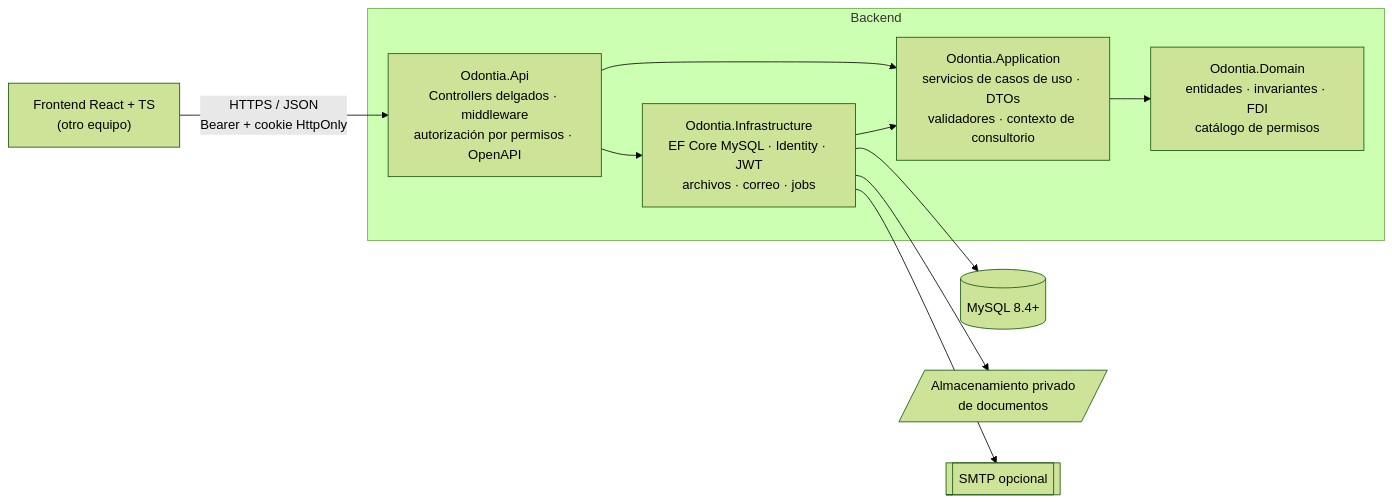
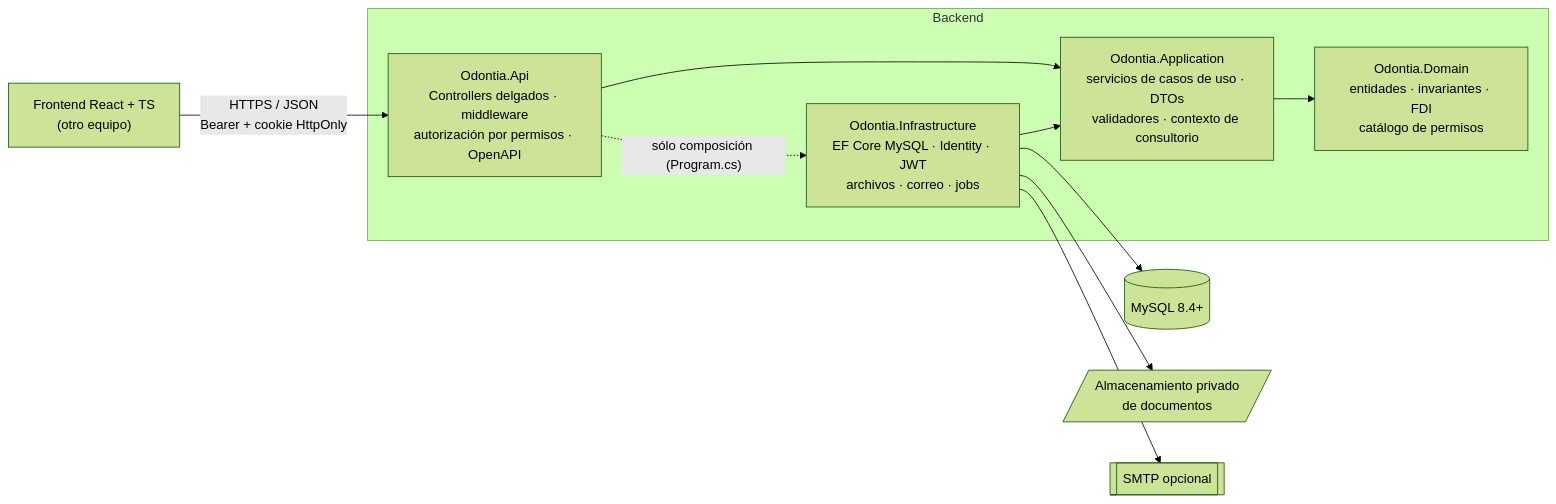
Before and after one commit to PoloHernandez11/Proyecto-Odontologia-: the first of 2 diagrams in docs/ARCHITECTURE.md, drawn with Mermaid (forest theme). The commit also changed other lines of this file and 259 other files, not shown here.

````diff
--- a/docs/ARCHITECTURE.md
+++ b/docs/ARCHITECTURE.md
@@ -5,17 +5,17 @@
 ```mermaid
 flowchart LR
     React["Frontend React + TS<br/>(otro equipo)"] -- "HTTPS / JSON<br/>Bearer + cookie HttpOnly" --> Api
     subgraph Backend
       Api["Odontia.Api<br/>Controllers delgados · middleware<br/>autorización por permisos · OpenAPI"]
       App["Odontia.Application<br/>servicios de casos de uso · DTOs<br/>validadores · contexto de consultorio"]
       Dom["Odontia.Domain<br/>entidades · invariantes · FDI<br/>catálogo de permisos"]
       Infra["Odontia.Infrastructure<br/>EF Core MySQL · Identity · JWT<br/>archivos · correo · jobs"]
     end
     Api --> App
-    Api --> Infra
+    Api -. "sólo composición (Program.cs)" .-> Infra
     Infra --> App
     App --> Dom
     Infra --> DB[(MySQL 8.4+)]
     Infra --> FS[/Almacenamiento privado<br/>de documentos/]
     Infra --> SMTP[[SMTP opcional]]
 ```
````
